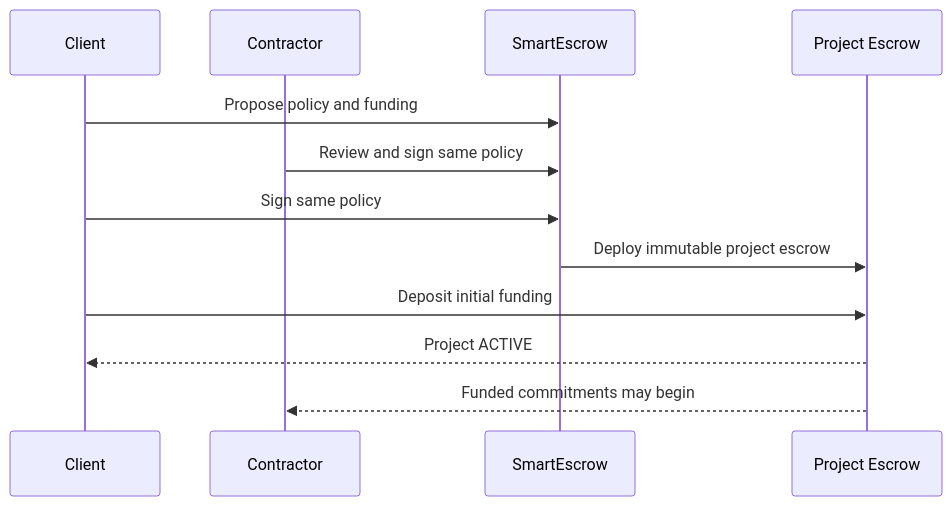
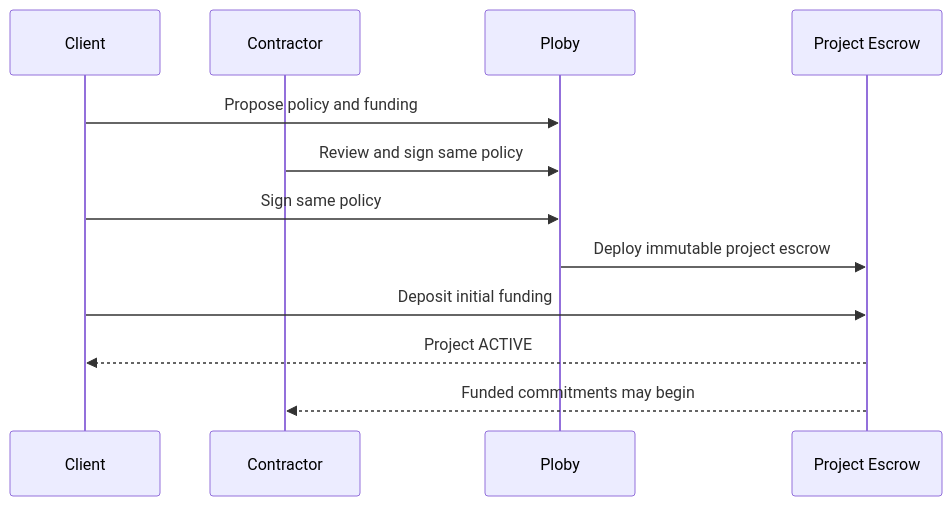
One commit to hyunhomon/ploby changed the first of 2 diagrams in docs/how-it-works.md. Above: the diagram before and after it, drawn with Mermaid. The commit also changed other lines of this file and 8 other files, not shown here.

````diff
--- a/docs/how-it-works.md
+++ b/docs/how-it-works.md
@@ -14,14 +14,14 @@
 ```mermaid
 sequenceDiagram
     participant C as Client
     participant K as Contractor
-    participant P as SmartEscrow
+    participant P as Ploby
     participant E as Project Escrow
     C->>P: Propose policy and funding
     K->>P: Review and sign same policy
     C->>P: Sign same policy
     P->>E: Deploy immutable project escrow
     C->>E: Deposit initial funding
     E-->>C: Project ACTIVE
     E-->>K: Funded commitments may begin
 ```
````
